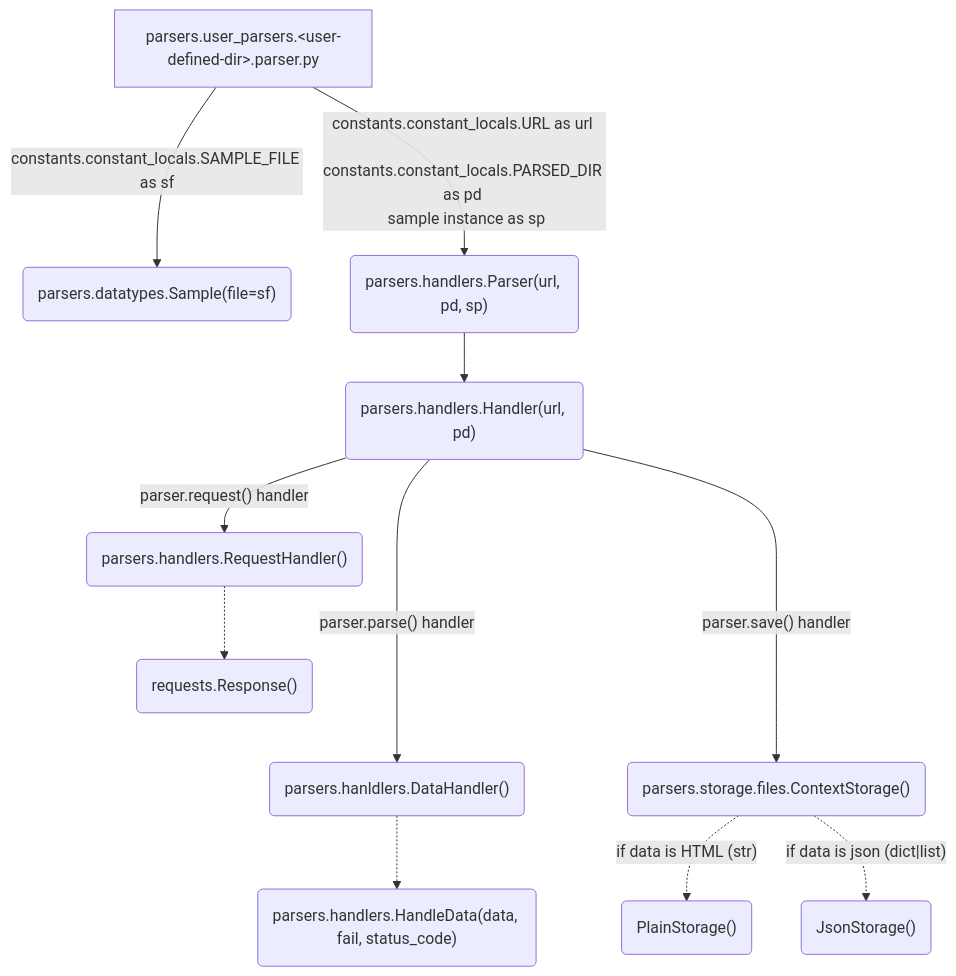
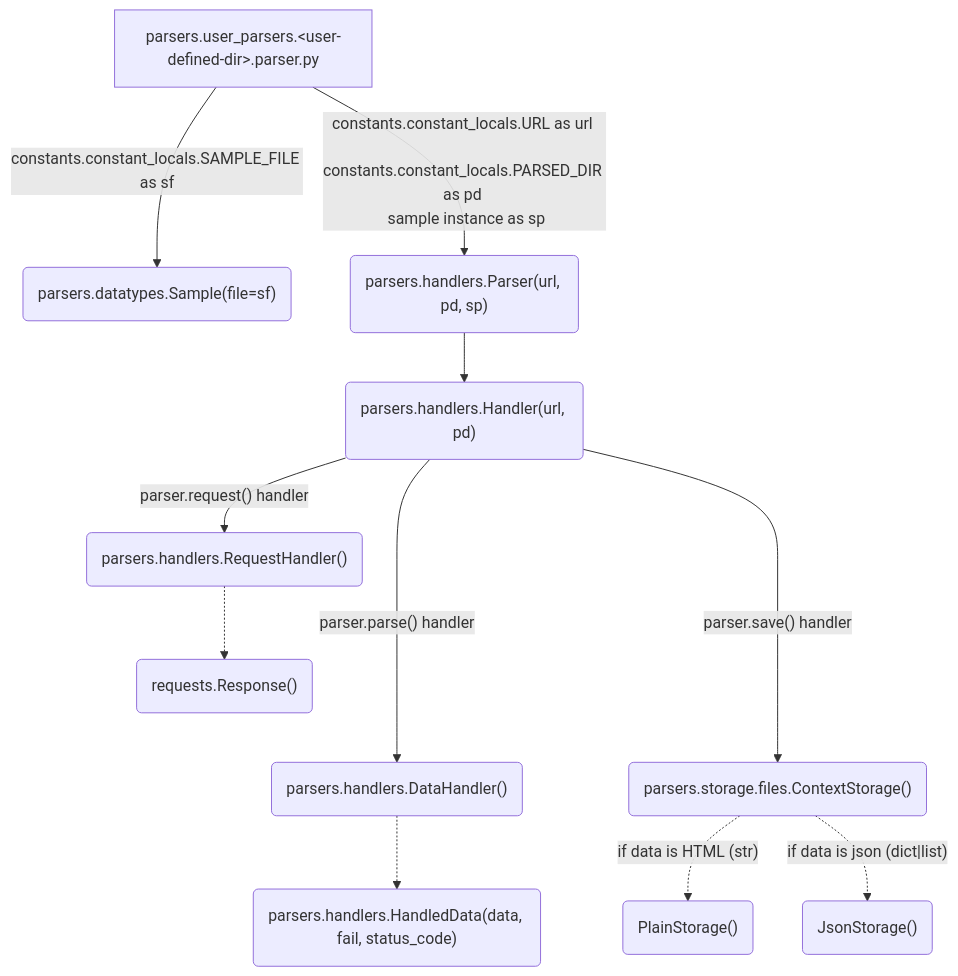
One commit to fj-fj-fj/parsers changed the diagram in README.md. Above: the diagram before and after it, drawn with Mermaid. The commit also changed other lines of this file and 4 other files, not shown here.

````diff
--- a/README.md
+++ b/README.md
@@ -61,15 +61,15 @@
 ```mermaid
 graph TD
 A["parsers.user_parsers.&lt;user-defined-dir&gt;</user-defined-dir>.parser.py"] -->|"constants.constant_locals.SAMPLE_FILE as sf"| B("parsers.datatypes.Sample(file=sf)")
 A -->|constants.constant_locals.URL as url <br> constants.constant_locals.PARSED_DIR as pd <br> sample instance as sp| C("parsers.handlers.Parser(url, pd, sp)")
 C --> D("parsers.handlers.Handler(url, pd)")
 D -->|"parser.request() handler"| E("parsers.handlers.RequestHandler()")
-D ---->|"parser.parse() handler"| F("parsers.hanldlers.DataHandler()")
+D ---->|"parser.parse() handler"| F("parsers.handlers.DataHandler()")
 D ---->|"parser.save() handler"| G("parsers.storage.files.ContextStorage()")
 
 E -.-> H("requests.Response()")
-F -.-> I("parsers.handlers.HandleData(data, fail, status_code)")
+F -.-> I("parsers.handlers.HandledData(data, fail, status_code)")
 
 G -.->|"if data is HTML (str)"| Y("PlainStorage()")
 G -.->|"if data is json (dict|list)"| Z("JsonStorage()")
 ```
````
